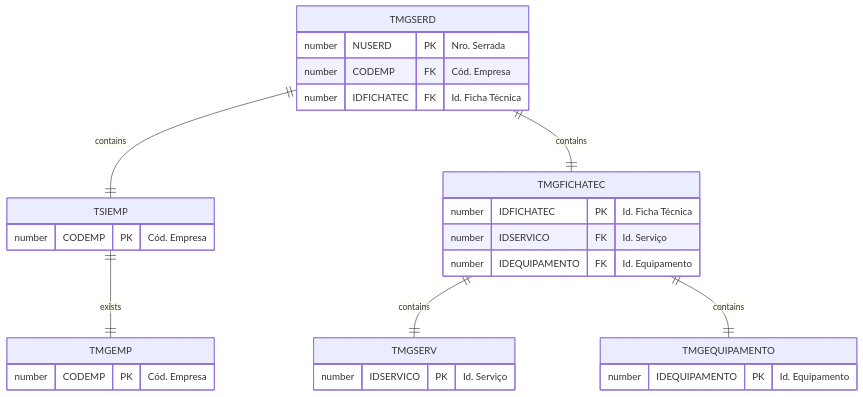
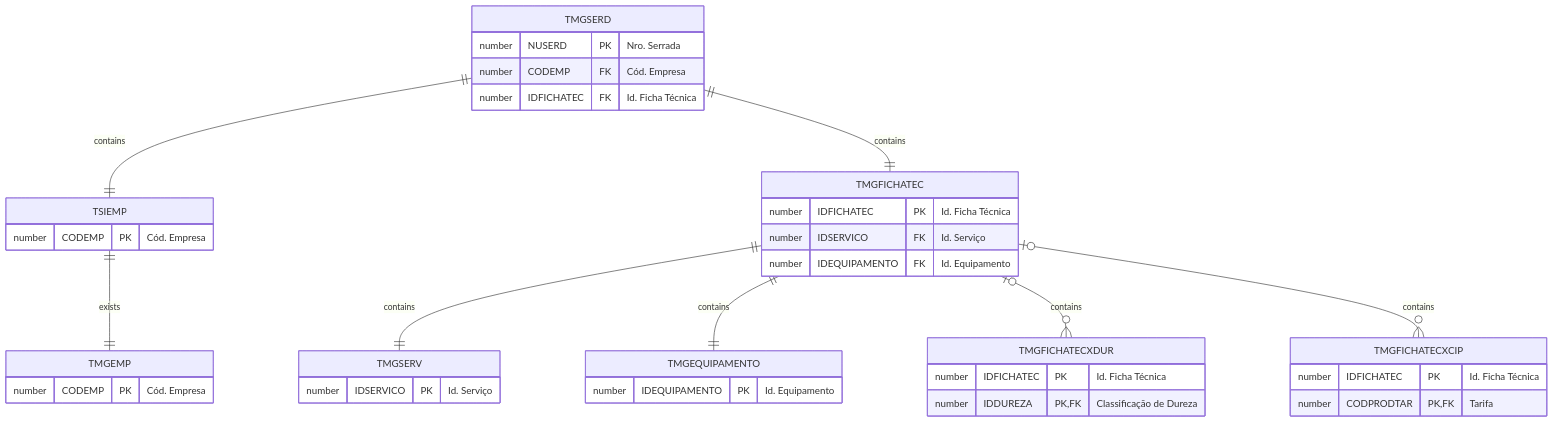
Before and after one commit to cbmsoft/margrandocs: the third of 3 diagrams in docs/_database/index.md, drawn with Mermaid. The commit also changed other lines of this file and 4 other files, not shown here.

````diff
--- a/docs/_database/index.md
+++ b/docs/_database/index.md
@@ -170,32 +173,42 @@
 ```mermaid
 erDiagram
     TMGSERD ||--|| TSIEMP : contains
     TMGSERD ||--|| TMGFICHATEC : contains
     TMGFICHATEC ||--|| TMGSERV : contains
     TMGFICHATEC ||--|| TMGEQUIPAMENTO : contains
+    TMGFICHATEC o|--o{ TMGFICHATECXDUR : contains
+    TMGFICHATEC o|--o{ TMGFICHATECXCIP : contains
     
     TSIEMP ||--|| TMGEMP : exists
 
     TMGSERD {
         number NUSERD PK "Nro. Serrada"
         number CODEMP FK "Cód. Empresa"
         number IDFICHATEC FK "Id. Ficha Técnica"
     }
     TSIEMP {
         number CODEMP PK "Cód. Empresa"
     }
     TMGEMP {
         number CODEMP PK "Cód. Empresa"
     }
     TMGFICHATEC {
         number IDFICHATEC PK "Id. Ficha Técnica"
 		number IDSERVICO FK "Id. Serviço"
         number IDEQUIPAMENTO FK "Id. Equipamento"
     }
 	TMGSERV {
 		number IDSERVICO PK "Id. Serviço"
 	}
 	TMGEQUIPAMENTO {
 		number IDEQUIPAMENTO PK "Id. Equipamento"
 	}
+	TMGFICHATECXDUR {
+		number IDFICHATEC PK "Id. Ficha Técnica"
+        number IDDUREZA PK, FK "Classificação de Dureza"
+	}
+	TMGFICHATECXCIP {
+		number IDFICHATEC PK "Id. Ficha Técnica"
+        number CODPRODTAR PK, FK "Tarifa"
+	}
 ```
````
